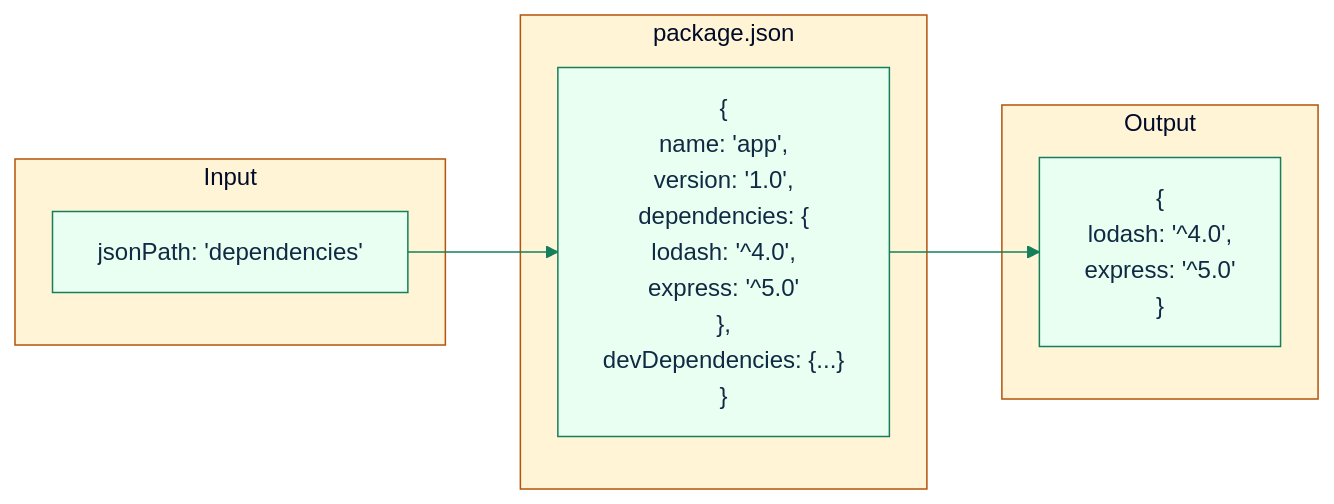
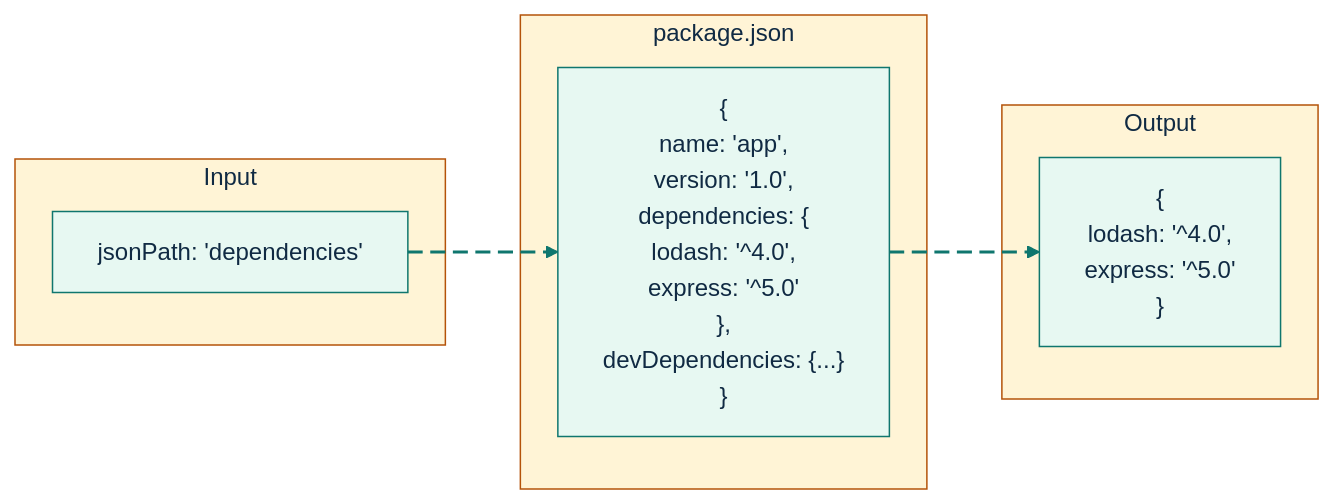
The fourth of 5 diagrams in docs/file-read-tool.md (GlitterKill/sdl-mcp), drawn with Mermaid before and after one commit. The commit also changed other lines of this file and 33 other files, not shown here.

First line of the commit message:
docs: update mermaid diagram themes and styling across documentation

````diff
--- a/docs/file-read-tool.md
+++ b/docs/file-read-tool.md
@@ -186,18 +213,27 @@
 ```mermaid
-%%{init: {"theme":"base","themeVariables":{"primaryColor":"#e8fff1","primaryBorderColor":"#157f5b","primaryTextColor":"#102a43","secondaryColor":"#eef6ff","secondaryBorderColor":"#2563eb","tertiaryColor":"#fff4d6","tertiaryBorderColor":"#b45309","lineColor":"#157f5b","fontFamily":"Trebuchet MS, Arial"},"flowchart":{"curve":"basis"}}}%%
+%%{init: {"theme":"base","themeVariables":{"background":"#ffffff","primaryColor":"#E7F8F2","primaryBorderColor":"#0F766E","primaryTextColor":"#102A43","secondaryColor":"#E8F1FF","secondaryBorderColor":"#2563EB","secondaryTextColor":"#102A43","tertiaryColor":"#FFF4D6","tertiaryBorderColor":"#B45309","tertiaryTextColor":"#102A43","lineColor":"#0F766E","textColor":"#102A43","fontFamily":"Inter, ui-sans-serif, system-ui, -apple-system, BlinkMacSystemFont, Segoe UI, sans-serif"},"flowchart":{"curve":"basis","htmlLabels":true}}}%%
 flowchart LR
     subgraph Input
         A["jsonPath: 'dependencies'"]
     end
 
     subgraph "package.json"
         B["{\n  name: 'app',\n  version: '1.0',\n  dependencies: {\n    lodash: '^4.0',\n    express: '^5.0'\n  },\n  devDependencies: {...}\n}"]
     end
 
     subgraph Output
         C["{\n  lodash: '^4.0',\n  express: '^5.0'\n}"]
     end
 
-    A --> B
-    B --> C
+    A e1@--> B
+    B e2@--> C
+
+    classDef source fill:#E7F8F2,stroke:#0F766E,stroke-width:2px,color:#102A43;
+    classDef process fill:#E8F1FF,stroke:#2563EB,stroke-width:2px,color:#102A43;
+    classDef decision fill:#FFF4D6,stroke:#B45309,stroke-width:2px,color:#102A43;
+    classDef storage fill:#F2E8FF,stroke:#7C3AED,stroke-width:2px,color:#102A43;
+    classDef output fill:#FFE8EF,stroke:#BE123C,stroke-width:2px,color:#102A43;
+    classDef muted fill:#F8FAFC,stroke:#64748B,stroke-width:1px,color:#102A43;
+    classDef animate stroke:#0F766E,stroke-width:2px,stroke-dasharray:10\,5,stroke-dashoffset:900,animation:dash 22s linear infinite;
+    class e1,e2 animate;
 ```
````
